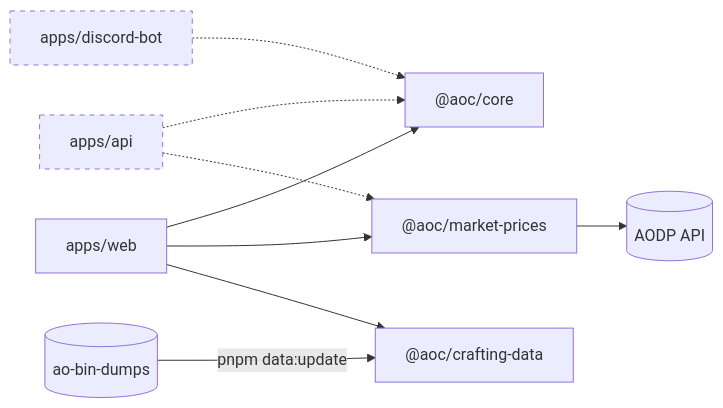
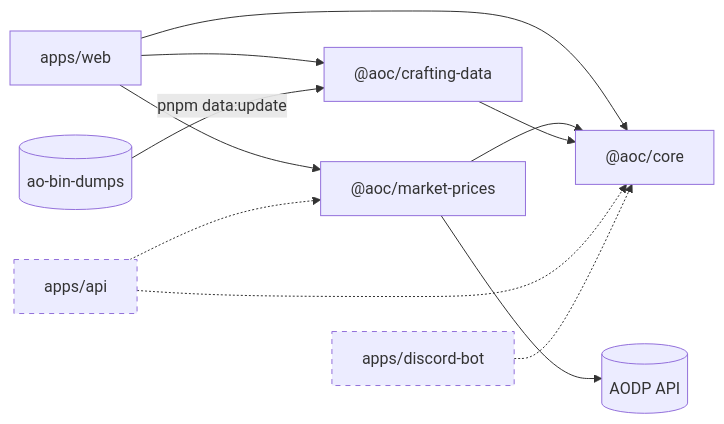
The diagram in README.md (ralphaile/albion-crafting), drawn with Mermaid before and after one commit. The commit also changed other lines of this file and 49 other files, not shown here.

````diff
--- a/README.md
+++ b/README.md
@@ -48,13 +48,15 @@
 ```mermaid
 flowchart LR
   web["apps/web"] --> core["@aoc/core"]
   web --> prices["@aoc/market-prices"]
   web --> data["@aoc/crafting-data"]
+  prices --> core
+  data --> core
   prices --> aodp[("AODP API")]
   dumps[("ao-bin-dumps")] -- "pnpm data:update" --> data
   api["apps/api"] -.-> core
   api -.-> prices
   bot["apps/discord-bot"] -.-> core
   classDef later stroke-dasharray: 5 5
   class api,bot later
 ```
````
